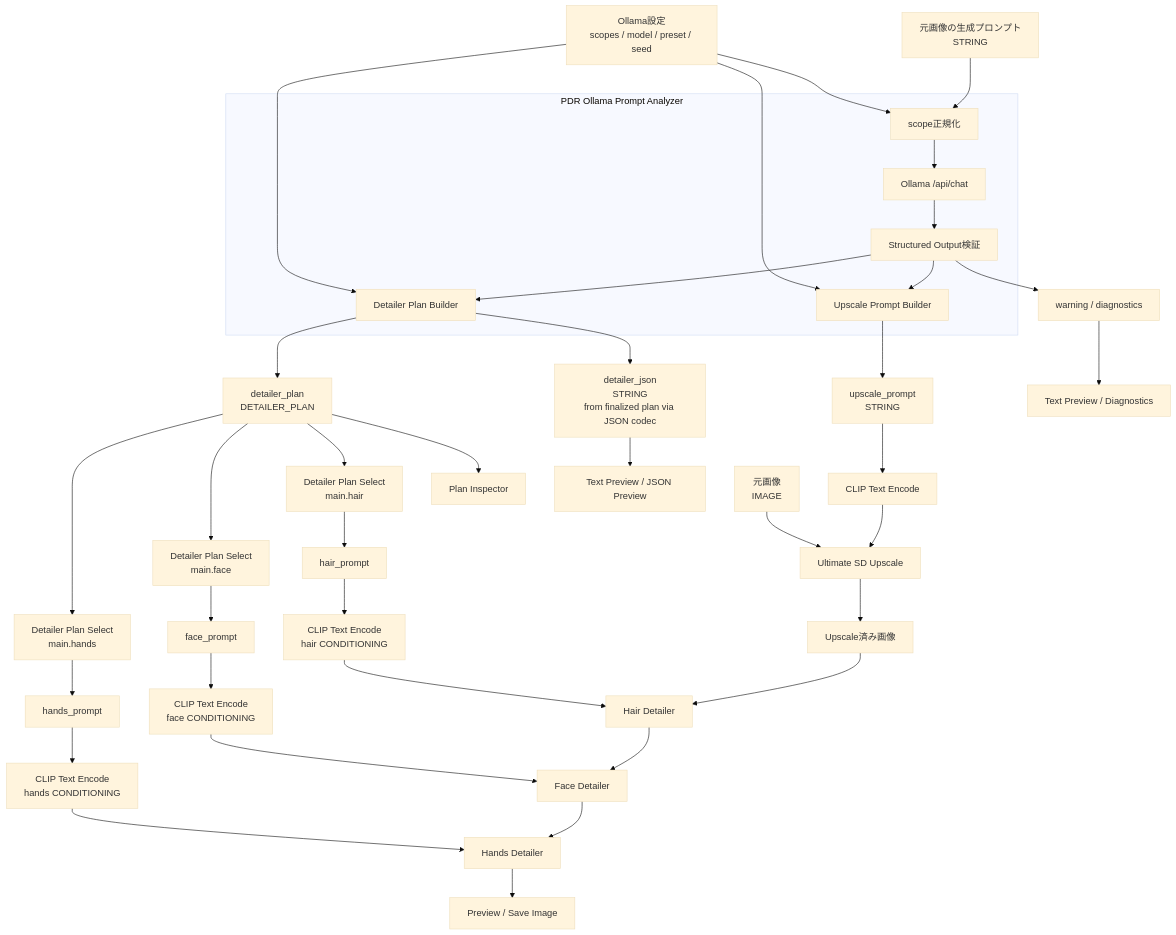
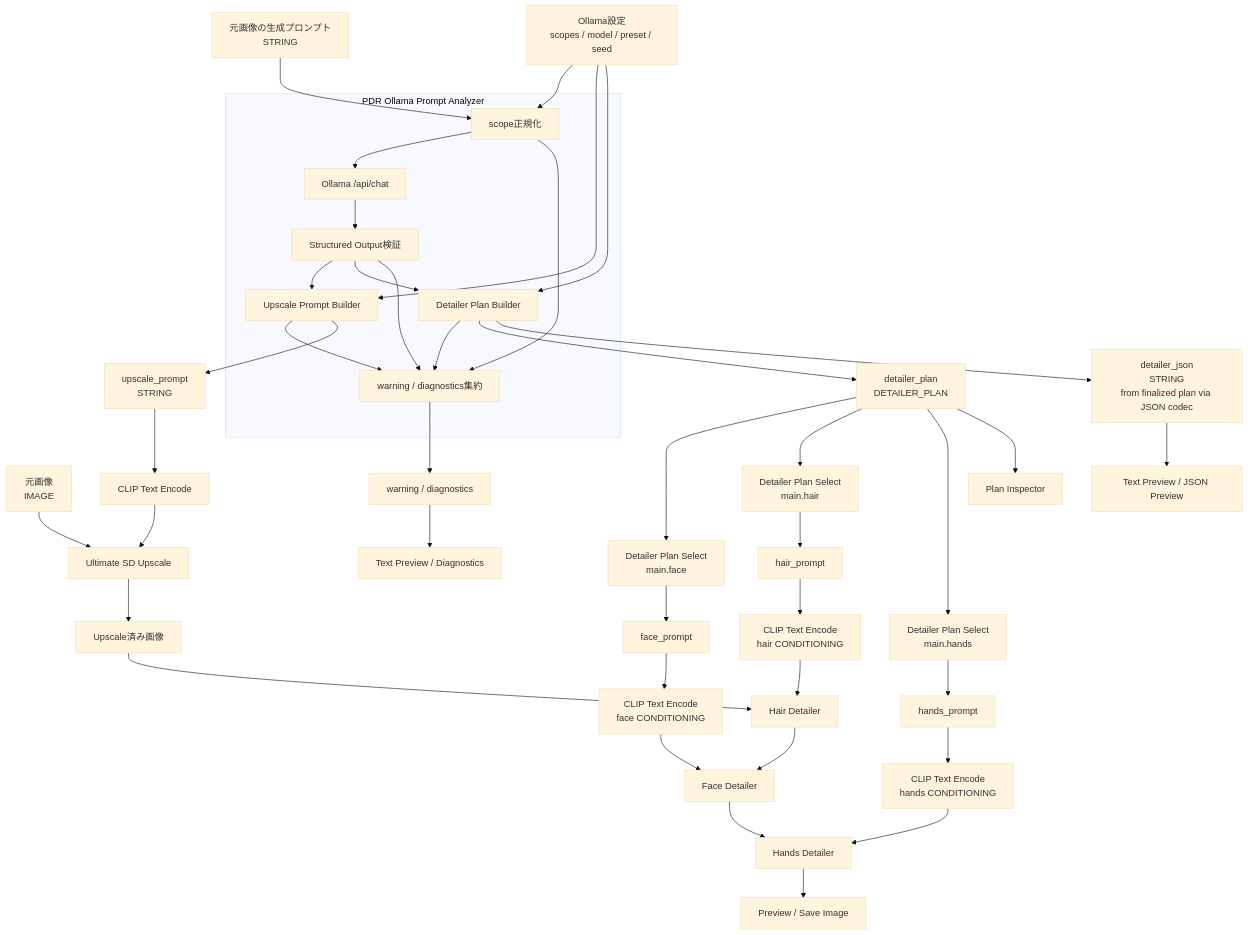
Before and after one commit to beastmaniaxxx/ComfyUI-Prompt-Detailer-Router: the first of 3 diagrams in docs/requirements/requirements-design-reference.md, drawn with Mermaid (base theme). The commit also changed other lines of this file, not shown here.

````diff
--- a/docs/requirements/requirements-design-reference.md
+++ b/docs/requirements/requirements-design-reference.md
@@ -201,58 +208,63 @@
 ```mermaid
 flowchart TD
     P["元画像の生成プロンプト<br/>STRING"]
     IMG["元画像<br/>IMAGE"]
     CFG["Ollama設定<br/>scopes / model / preset / seed"]
 
     subgraph ANALYZER["PDR Ollama Prompt Analyzer"]
         SCOPE["scope正規化"]
         OLLAMA["Ollama /api/chat"]
         VALIDATE["Structured Output検証"]
         UPSCALE_BUILD["Upscale Prompt Builder"]
         PLAN_BUILD["Detailer Plan Builder"]
+        WARN_COLLECT["warning / diagnostics集約"]
 
         SCOPE --> OLLAMA
         OLLAMA --> VALIDATE
         VALIDATE --> UPSCALE_BUILD
         VALIDATE --> PLAN_BUILD
+        SCOPE --> WARN_COLLECT
+        VALIDATE --> WARN_COLLECT
+        UPSCALE_BUILD --> WARN_COLLECT
+        PLAN_BUILD --> WARN_COLLECT
     end
 
     P --> SCOPE
     CFG --> SCOPE
     CFG --> UPSCALE_BUILD
     CFG --> PLAN_BUILD
 
     UPSCALE_BUILD --> UP["upscale_prompt<br/>STRING"]
     PLAN_BUILD --> PLAN["detailer_plan<br/>DETAILER_PLAN"]
     PLAN_BUILD --> JSON["detailer_json<br/>STRING<br/>from finalized plan via JSON codec"]
-    VALIDATE --> WARN["warning / diagnostics"]
+    WARN_COLLECT --> WARN["warning / diagnostics"]
 
     UP --> UENC["CLIP Text Encode"]
     UENC --> USD["Ultimate SD Upscale"]
     IMG --> USD
     USD --> UIMG["Upscale済み画像"]
 
     PLAN --> SF["Detailer Plan Select<br/>main.face"]
     PLAN --> SH["Detailer Plan Select<br/>main.hair"]
     PLAN --> SA["Detailer Plan Select<br/>main.hands"]
 
     SF --> FP["face_prompt"]
     SH --> HP["hair_prompt"]
     SA --> AP["hands_prompt"]
 
     HP --> HENC["CLIP Text Encode<br/>hair CONDITIONING"]
     FP --> FENC["CLIP Text Encode<br/>face CONDITIONING"]
     AP --> AENC["CLIP Text Encode<br/>hands CONDITIONING"]
 
     UIMG --> HD["Hair Detailer"]
     HENC --> HD
     HD --> FD["Face Detailer"]
     FENC --> FD
     FD --> AD["Hands Detailer"]
     AENC --> AD
     AD --> OUT["Preview / Save Image"]
 
     PLAN --> INSPECT["Plan Inspector"]
     JSON --> JSONVIEW["Text Preview / JSON Preview"]
     WARN --> WARNVIEW["Text Preview / Diagnostics"]
 ```
````
